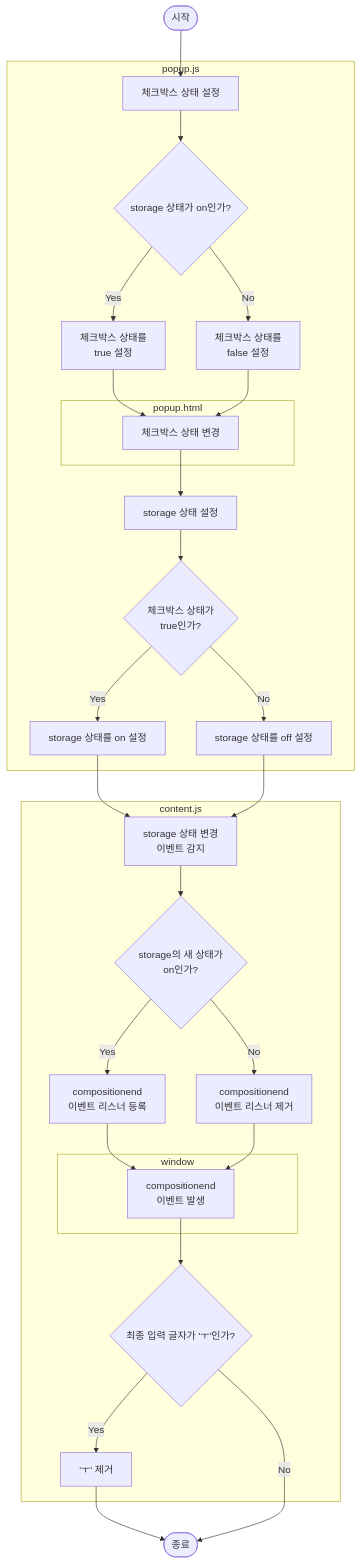
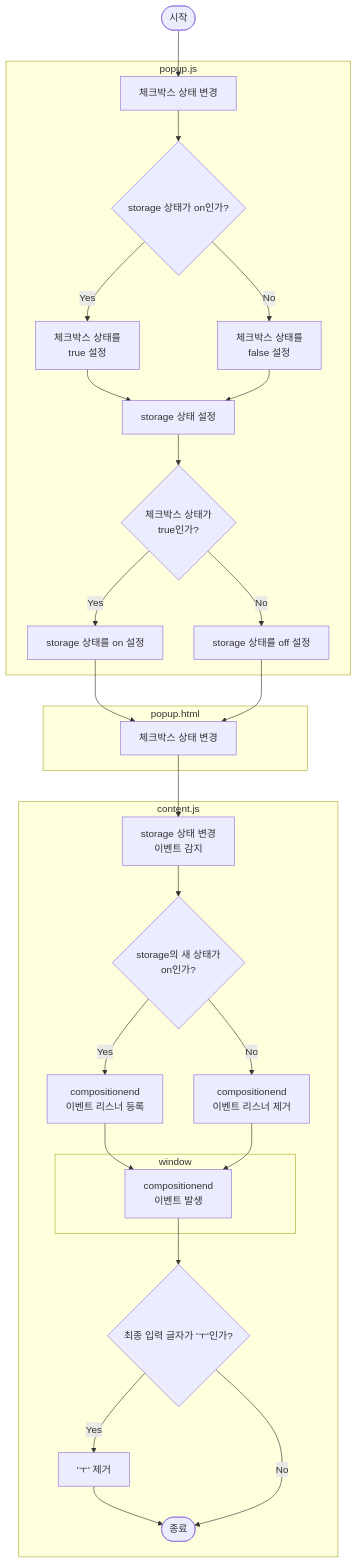
Before and after one commit to sarifor/crying-letter-preventer: the diagram in docs/2. 설계/2.2 소프트웨어 설계/2.2.2 내부 설계/비즈니스 로직 프로그램 설계/플로차트.md, drawn with Mermaid.

Commit message:
Fix: flowchart to reflect logic more precisely

````diff
--- a/docs/2. 설계/2.2 소프트웨어 설계/2.2.2 내부 설계/비즈니스 로직 프로그램 설계/플로차트.md
+++ b/docs/2. 설계/2.2 소프트웨어 설계/2.2.2 내부 설계/비즈니스 로직 프로그램 설계/플로차트.md
@@ -2,20 +2,21 @@
 ```mermaid
 flowchart TD
   %% Q. 준비 작업, 처리할 작업, 결과 등, 각 유형별 알맞은 순서도 기호?
+  %% Q. node1은 '체크박스 상태 초기화'가 더 나을까?
 
   start1([시작])
 
-  node1[체크박스 상태 설정]
+  node1[체크박스 상태 변경]
   switch1{storage 상태가 on인가?}
   switch1-Y[체크박스 상태를<br>true 설정]
   switch1-N[체크박스 상태를<br>false 설정]
-
-  node2[체크박스 상태 변경]
 
   node3[storage 상태 설정]
   switch3{체크박스 상태가<br>true인가?}
   switch3-Y[storage 상태를 on 설정]
   switch3-N[storage 상태를 off 설정]
+
+  node2[체크박스 상태 변경]
 
   node4[storage 상태 변경<br>이벤트 감지]
   switch4{storage의 새 상태가<br>on인가?}
@@ -33,14 +34,15 @@
   start1 --> node1 --> switch1
   switch1 -- Yes --> switch1-Y
   switch1 -- No --> switch1-N
-  switch1-Y & switch1-N --> node2
-
-  node2 --> node3
+  switch1-Y & switch1-N --> node3
   
   node3 --> switch3
   switch3 -- Yes --> switch3-Y
   switch3 -- No --> switch3-N
-  switch3-Y & switch3-N --> node4
+  switch3-Y & switch3-N --> node2
+
+  node2 --> node4
+  %% node2 --> switch1
 
   node4 --> switch4
   switch4 -- Yes --> switch4-Y
@@ -58,27 +60,28 @@
     switch1-Y
     switch1-N
 
-    subgraph popup.html
-      node2
-    end
-
     node3
     switch3
     switch3-Y
     switch3-N
   end
 
-subgraph content.js
-  node4
-  switch4
-  switch4-Y
-  switch4-N
+  subgraph popup.html
+    node2
+  end
 
-  subgraph window
-    node5
+  subgraph content.js
+    node4
+    switch4
+    switch4-Y
+    switch4-N
+
+    subgraph window
+      node5
+    end
+    
+    switch5
+    switch5-Y
+    end1
   end
-  
-  switch5
-  switch5-Y
-end
 ```
````
